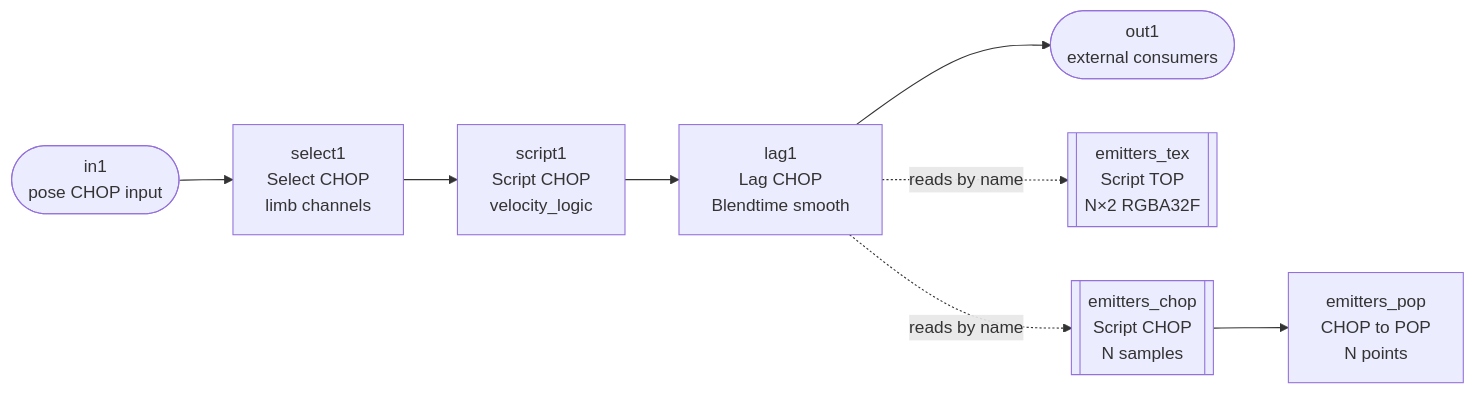
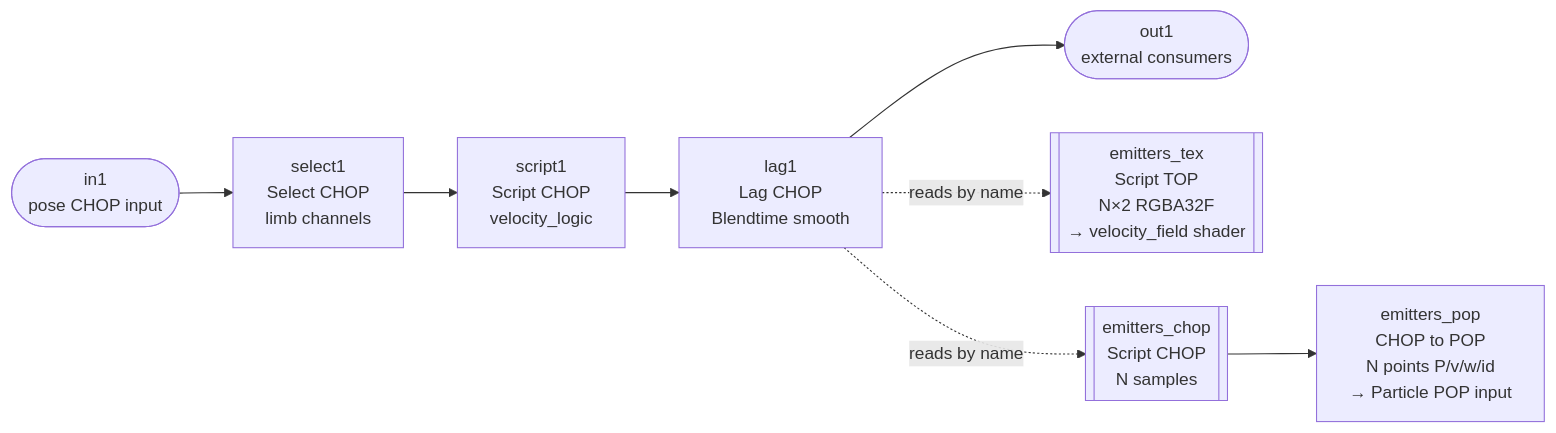
The first of 4 diagrams in velocity_controller_setup.md (laubsauger/mediapipe_particle_base), drawn with Mermaid before and after one commit. The commit also changed other lines of this file and 7 other files, not shown here.

````diff
--- a/velocity_controller_setup.md
+++ b/velocity_controller_setup.md
@@ -175,16 +175,16 @@
 ```mermaid
 flowchart LR
     in1([in1<br/>pose CHOP input])
     select1[select1<br/>Select CHOP<br/>limb channels]
     script1[script1<br/>Script CHOP<br/>velocity_logic]
     lag1[lag1<br/>Lag CHOP<br/>Blendtime smooth]
     out1([out1<br/>external consumers])
-    emitters_tex[[emitters_tex<br/>Script TOP<br/>N×2 RGBA32F]]
+    emitters_tex[[emitters_tex<br/>Script TOP<br/>N×2 RGBA32F<br/>→ velocity_field shader]]
     emitters_chop[[emitters_chop<br/>Script CHOP<br/>N samples]]
-    emitters_pop[emitters_pop<br/>CHOP to POP<br/>N points]
+    emitters_pop[emitters_pop<br/>CHOP to POP<br/>N points P/v/w/id<br/>→ Particle POP input]
 
     in1 --> select1 --> script1 --> lag1 --> out1
     lag1 -. reads by name .-> emitters_tex
     lag1 -. reads by name .-> emitters_chop
     emitters_chop --> emitters_pop
 ```
````
